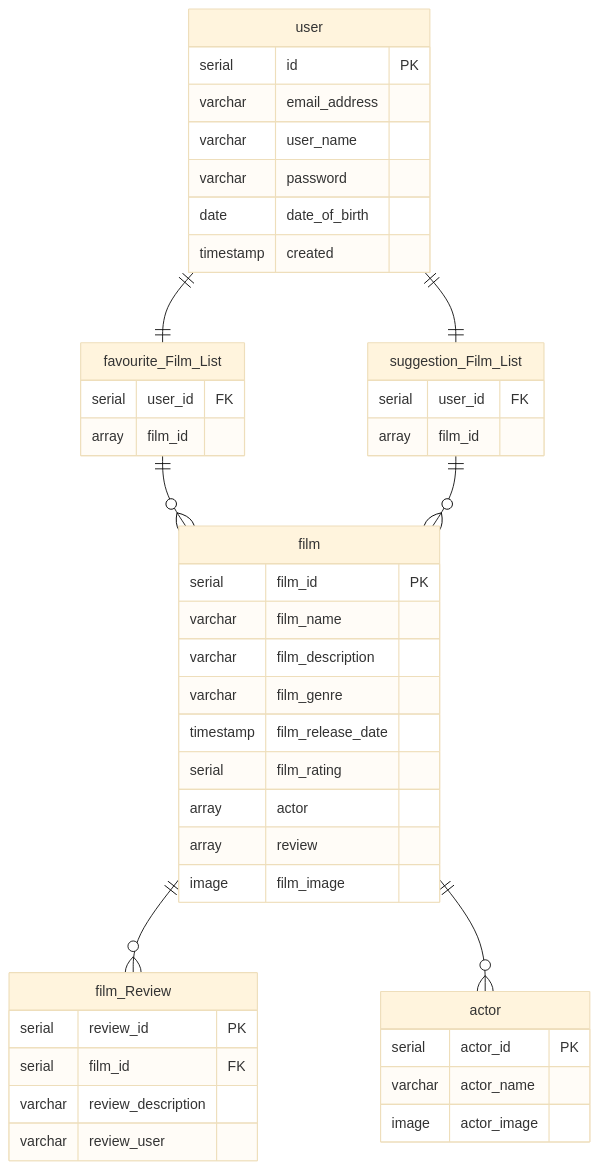
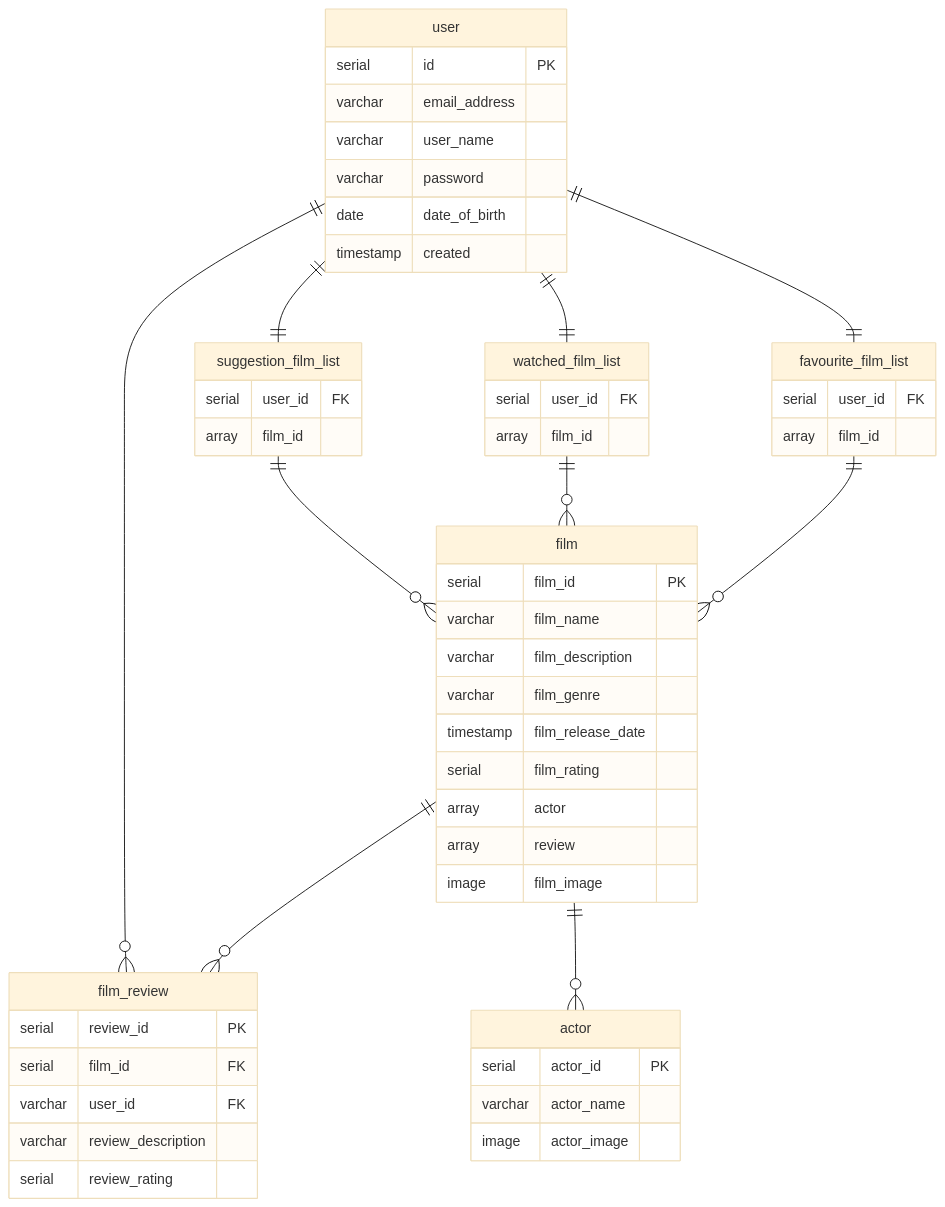
Before and after one commit to Niall96/HeresAFilm: the second of 2 diagrams in README.md, drawn with Mermaid (base theme). The commit also changed other lines of this file, not shown here.

````diff
--- a/README.md
+++ b/README.md
@@ -42,48 +45,56 @@
 ```mermaid
 erDiagram 
- user ||--|| favourite_Film_List : ""
- user ||--|| suggestion_Film_List : ""
- favourite_Film_List ||--o{ film : ""
- suggestion_Film_List ||--o{ film : ""
- film ||--o{ film_Review : ""
+ user ||--|| favourite_film_list : ""
+ user ||--|| suggestion_film_list : ""
+ user ||--|| watched_film_list: ""
+ favourite_film_list ||--o{ film : ""
+ watched_film_list ||--o{ film : ""
+ suggestion_film_list ||--o{ film : ""
+ film ||--o{ film_review : ""
  film ||--o{ actor : ""
+ user ||--o{ film_review : ""
  
  user {
         serial id PK
         varchar email_address
         varchar user_name
         varchar password
         date date_of_birth
         timestamp created
     }
- favourite_Film_List {
+ favourite_film_list {
                  serial user_id FK
                  array film_id
               }
- suggestion_Film_List {
+ watched_film_list {
+                 serial user_id FK
+                 array film_id
+              }
+ suggestion_film_list {
                   serial user_id FK
                   array film_id
                }
  film {
       serial film_id PK
       varchar film_name
       varchar film_description
       varchar film_genre
       timestamp film_release_date
       serial film_rating
       array actor
       array review
       image film_image
       }
- film_Review {
+ film_review {
              serial review_id PK
              serial film_id FK
+             varchar user_id FK
              varchar review_description
-             varchar review_user
+             serial review_rating
            }
  actor {
        serial actor_id PK
        varchar actor_name
        image actor_image
      }
 ```
````
